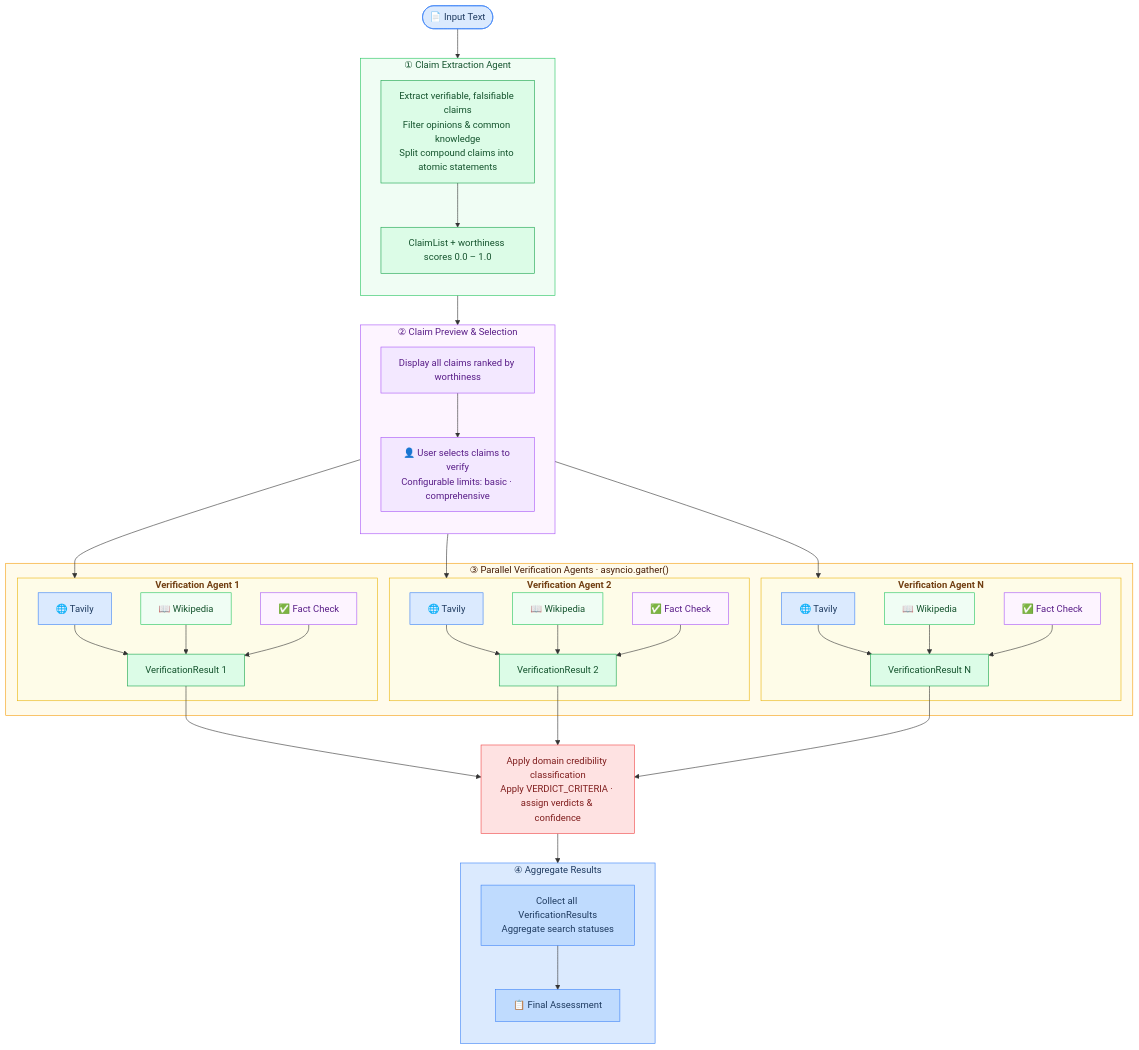
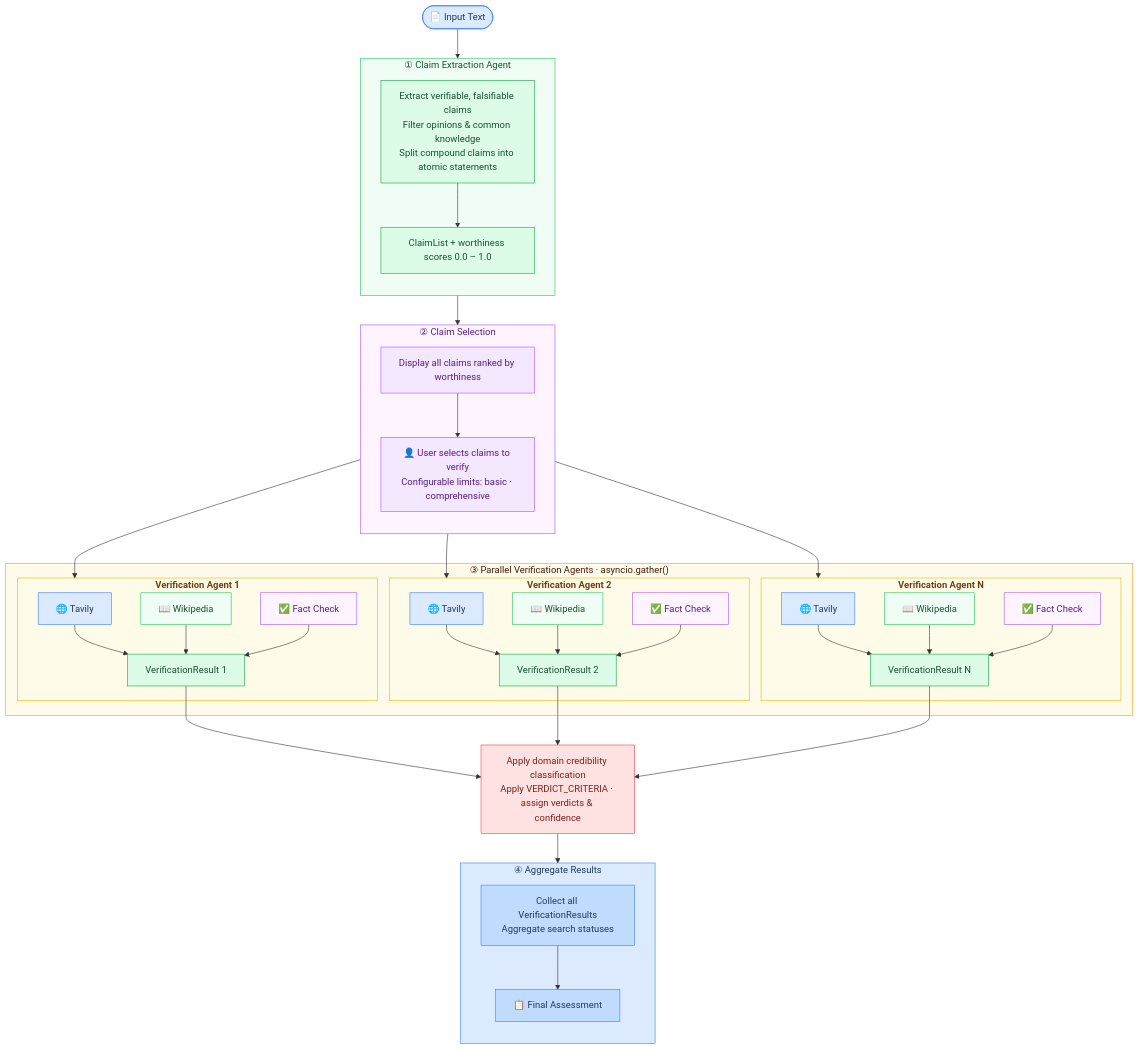
One commit to umairalipathan1980/MetaCheck---An-Evidence-Based-Fact-Checker changed the diagram in README.md. Above: the diagram before and after it, drawn with Mermaid.

Commit message:
interchanged READMEs

````diff
--- a/README.md
+++ b/README.md
@@ -76,73 +76,73 @@
 ```mermaid
 flowchart TD
     IN([📄 Input Text]) --> S1
 
     subgraph S1["① Claim Extraction Agent"]
         direction TB
         S1A["Extract verifiable, falsifiable claims<br/>Filter opinions & common knowledge<br/>Split compound claims into atomic statements"]
         S1B["ClaimList + worthiness scores 0.0 – 1.0"]
         S1A --> S1B
     end
 
     S1 --> S2
 
-    subgraph S2["② Claim Preview & Selection"]
+    subgraph S2["② Claim Selection"]
         direction TB
         S2A["Display all claims ranked by worthiness"]
         S2B["👤 User selects claims to verify<br/>Configurable limits: basic · comprehensive"]
         S2A --> S2B
     end
 
     S2 --> A1 & A2 & AN
 
     subgraph S3["③ Parallel Verification Agents · asyncio.gather()"]
         subgraph A1["<b>Verification Agent 1</b>"]
             T1a["🌐 Tavily"] & T1b["📖 Wikipedia"] & T1c["✅ Fact Check"] --> R1["VerificationResult 1"]
         end
         subgraph A2["<b>Verification Agent 2</b>"]
             T2a["🌐 Tavily"] & T2b["📖 Wikipedia"] & T2c["✅ Fact Check"] --> R2["VerificationResult 2"]
         end
         subgraph AN["<b>Verification Agent N</b>"]
             TNa["🌐 Tavily"] & TNb["📖 Wikipedia"] & TNc["✅ Fact Check"] --> RN["VerificationResult N"]
         end
     end
 
     R1 & R2 & RN --> AGG["Apply domain credibility classification<br/>Apply VERDICT_CRITERIA · assign verdicts &amp; confidence"]
 
     AGG --> S4
 
     subgraph S4["④ Aggregate Results"]
         direction TB
         S4A["Collect all VerificationResults<br/>Aggregate search statuses"]
         S4B["📋 Final Assessment"]
         S4A --> S4B
     end
 
     style IN fill:#dbeafe,stroke:#3b82f6,color:#1e3a5f
     style S1 fill:#f0fdf4,stroke:#22c55e,color:#14532d
     style S1A fill:#dcfce7,stroke:#16a34a,color:#14532d
     style S1B fill:#dcfce7,stroke:#16a34a,color:#14532d
     style S2 fill:#fdf4ff,stroke:#a855f7,color:#581c87
     style S2A fill:#f3e8ff,stroke:#a855f7,color:#581c87
     style S2B fill:#f3e8ff,stroke:#a855f7,color:#581c87
     style S3 fill:#fffbeb,stroke:#f59e0b,color:#451a03
     style A1 fill:#fefce8,stroke:#eab308,color:#713f12
     style A2 fill:#fefce8,stroke:#eab308,color:#713f12
     style AN fill:#fefce8,stroke:#eab308,color:#713f12
     style T1a fill:#dbeafe,stroke:#3b82f6,color:#1e3a5f
     style T1b fill:#f0fdf4,stroke:#22c55e,color:#14532d
     style T1c fill:#fdf4ff,stroke:#a855f7,color:#581c87
     style T2a fill:#dbeafe,stroke:#3b82f6,color:#1e3a5f
     style T2b fill:#f0fdf4,stroke:#22c55e,color:#14532d
     style T2c fill:#fdf4ff,stroke:#a855f7,color:#581c87
     style TNa fill:#dbeafe,stroke:#3b82f6,color:#1e3a5f
     style TNb fill:#f0fdf4,stroke:#22c55e,color:#14532d
     style TNc fill:#fdf4ff,stroke:#a855f7,color:#581c87
     style R1 fill:#dcfce7,stroke:#16a34a,color:#14532d
     style R2 fill:#dcfce7,stroke:#16a34a,color:#14532d
     style RN fill:#dcfce7,stroke:#16a34a,color:#14532d
     style AGG fill:#fee2e2,stroke:#ef4444,color:#7f1d1d
     style S4 fill:#dbeafe,stroke:#3b82f6,color:#1e3a5f
     style S4A fill:#bfdbfe,stroke:#3b82f6,color:#1e3a5f
     style S4B fill:#bfdbfe,stroke:#3b82f6,color:#1e3a5f
 ```
````
